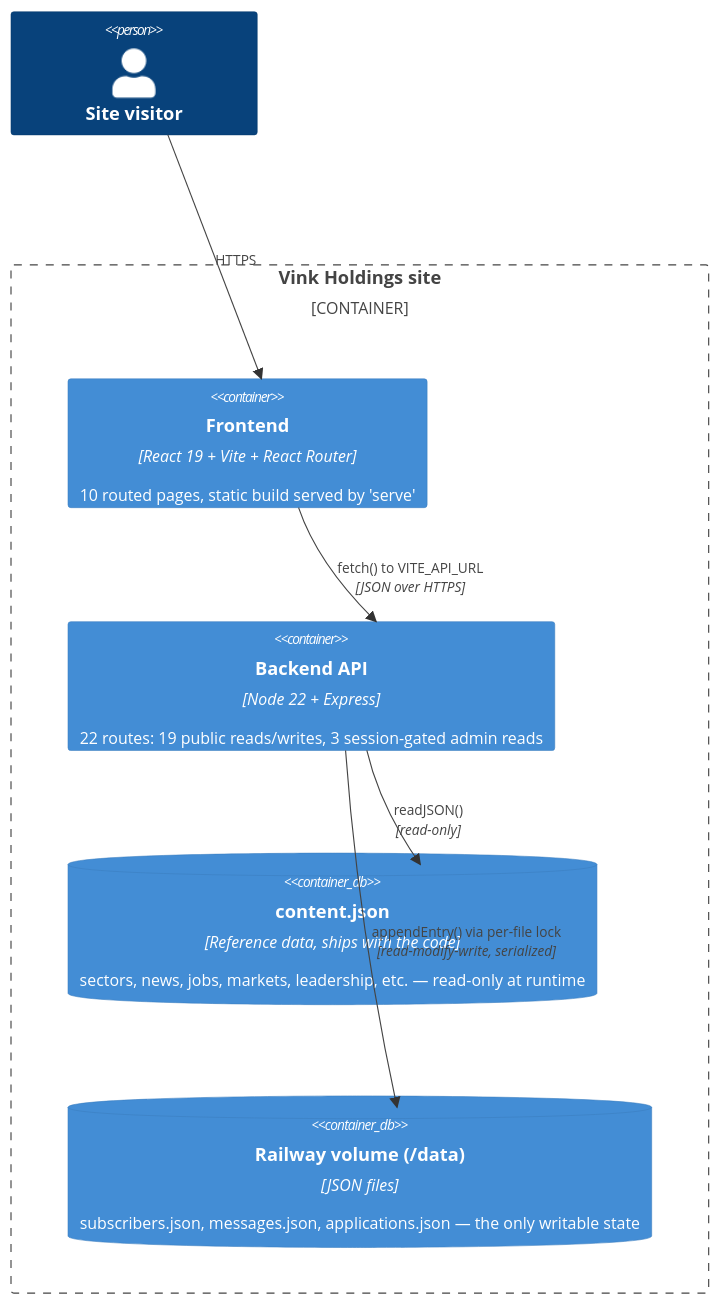
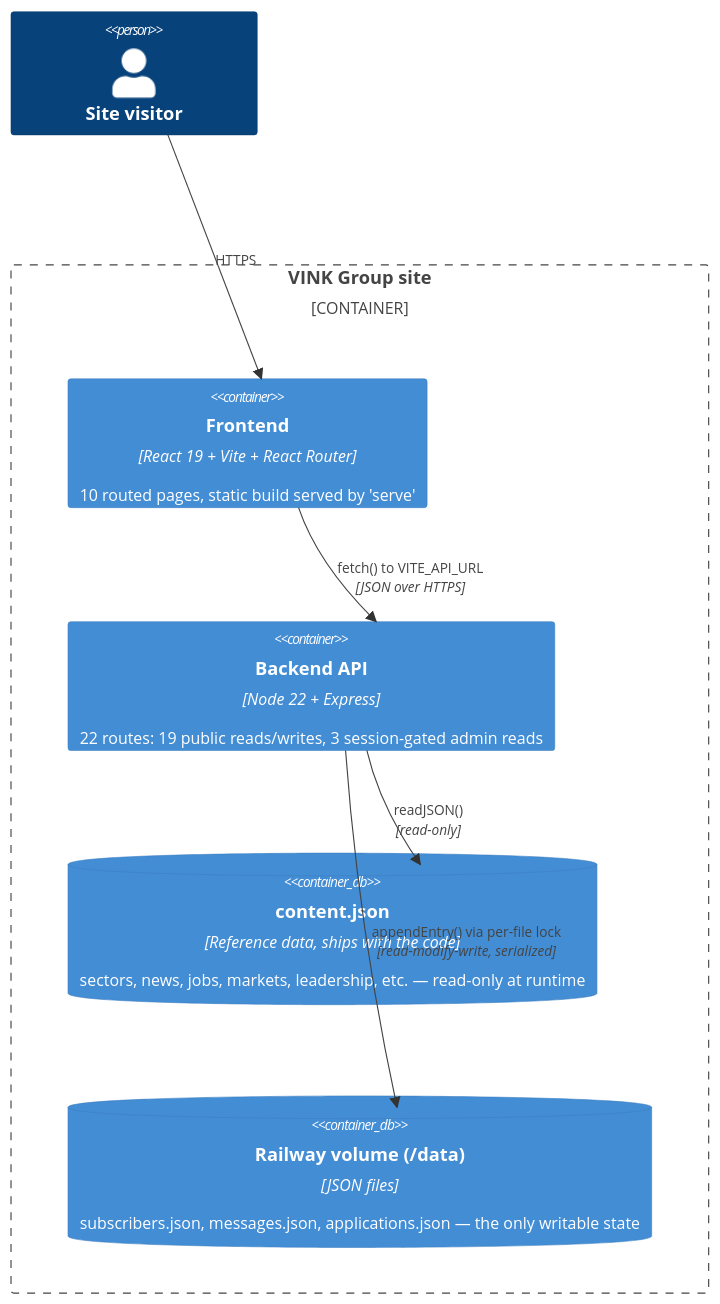
One commit to vincentkafula/VINK-Holding changed the second of 2 diagrams in docs/architecture.md. Above: the diagram before and after it, drawn with Mermaid. The commit also changed other lines of this file and 18 other files, not shown here.

First line of the commit message:
Rename brand: Vink Holdings -> VINK Group (Pty Ltd in legal contexts)

````diff
--- a/docs/architecture.md
+++ b/docs/architecture.md
@@ -29,16 +29,16 @@
 ```mermaid
 C4Container
     Person(visitor, "Site visitor")
 
-    Container_Boundary(site, "Vink Holdings site") {
+    Container_Boundary(site, "VINK Group site") {
         Container(spa, "Frontend", "React 19 + Vite + React Router", "10 routed pages, static build served by 'serve'")
         Container(api, "Backend API", "Node 22 + Express", "22 routes: 19 public reads/writes, 3 session-gated admin reads")
         ContainerDb(content, "content.json", "Reference data, ships with the code", "sectors, news, jobs, markets, leadership, etc. — read-only at runtime")
         ContainerDb(volume, "Railway volume (/data)", "JSON files", "subscribers.json, messages.json, applications.json — the only writable state")
     }
 
     Rel(visitor, spa, "HTTPS")
     Rel(spa, api, "fetch() to VITE_API_URL", "JSON over HTTPS")
     Rel(api, content, "readJSON()", "read-only")
     Rel(api, volume, "appendEntry() via per-file lock", "read-modify-write, serialized")
 ```
````
